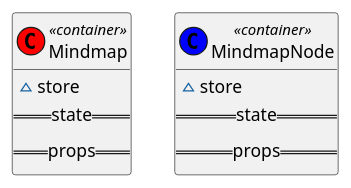
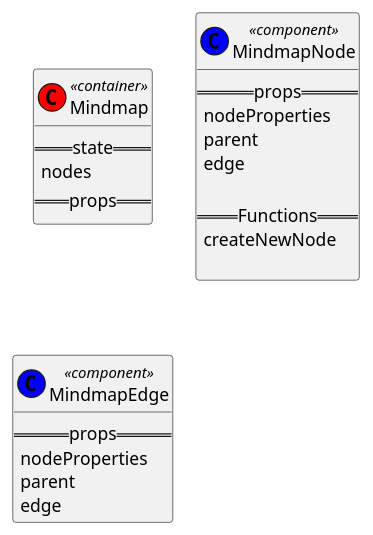
The diagram in UML/Frontend/recursive.puml (magnusnorvik/CreazaMindmapApplication), drawn with PlantUML before and after one commit. The commit also changed 9 other files, not shown here.

```diff
--- a/UML/Frontend/recursive.puml
+++ b/UML/Frontend/recursive.puml
@@ -1,16 +1,28 @@
 @startuml
 'https://plantuml.com/class-diagram
 
 class Mindmap << (C,red) container>> {
-    ~store
     ==state==
+    nodes
     ==props==
 }
 
-class MindmapNode << (C,blue) container>> {
-    ~store
-    ==state==
-    ==props==
+class MindmapNode << (C,blue) component>> {
+     ==props==
+     nodeProperties
+     parent
+     edge
+
+     == Functions ==
+     createNewNode
+
+}
+
+class MindmapEdge << (C,blue) component>> {
+     ==props==
+     nodeProperties
+     parent
+     edge
 }
 
 @enduml
```
